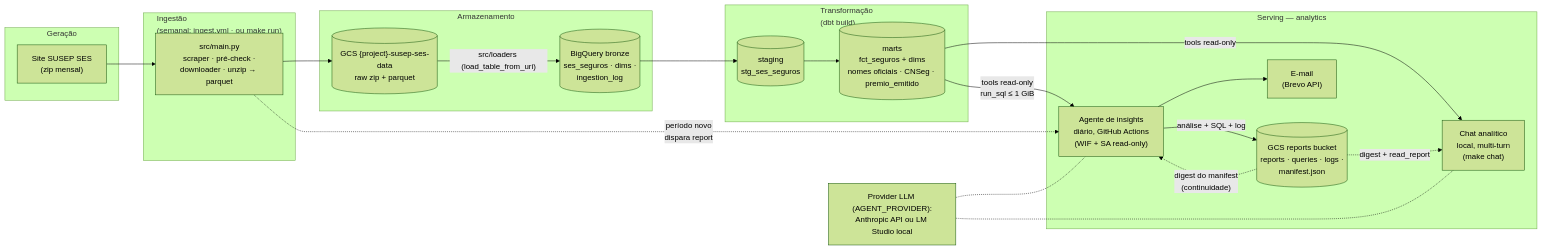
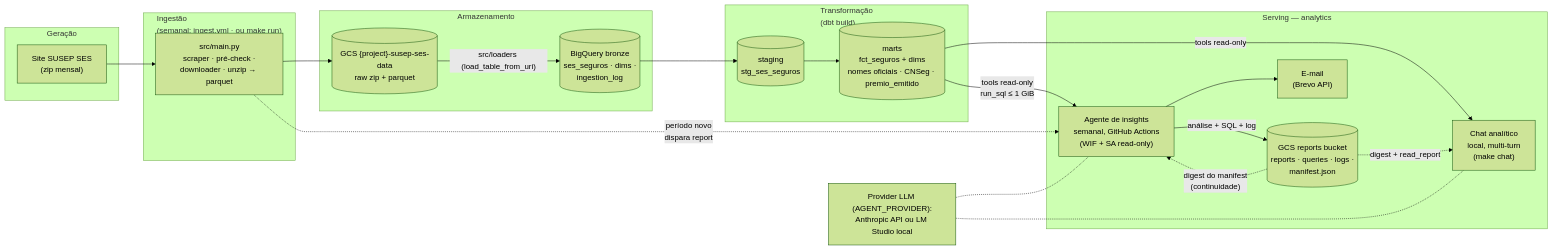
Before and after one commit to willp12/susep_data_pipeline: the diagram in README.md, drawn with Mermaid (forest theme). The commit also changed other lines of this file and 2 other files, not shown here.

Commit message:
feat(insights): weekly cadence on Opus + trimmed history digest

````diff
--- a/README.md
+++ b/README.md
@@ -25,47 +25,47 @@
 ```mermaid
 flowchart LR
     subgraph GER["Geração"]
         SUSEP["Site SUSEP SES<br/>(zip mensal)"]
     end
 
     subgraph ING["Ingestão<br/>(semanal: ingest.yml · ou make run)"]
         PIPE["src/main.py<br/>scraper · pré-check ·<br/>downloader · unzip → parquet"]
     end
 
     subgraph ARM["Armazenamento"]
         S3[("GCS {project}-susep-ses-data<br/>raw zip + parquet")]
         BRZ[("BigQuery bronze<br/>ses_seguros · dims ·<br/>ingestion_log")]
     end
 
     subgraph TRA["Transformação<br/>(dbt build)"]
         STG[("staging<br/>stg_ses_seguros")]
         FCT[("marts<br/>fct_seguros + dims<br/>nomes oficiais · CNSeg · premio_emitido")]
     end
 
     subgraph SRV["Serving — analytics"]
-        RUN["Agente de insights<br/>diário, GitHub Actions<br/>(WIF + SA read-only)"]
+        RUN["Agente de insights<br/>semanal, GitHub Actions<br/>(WIF + SA read-only)"]
         GCS[("GCS reports bucket<br/>reports · queries · logs ·<br/>manifest.json")]
         MAIL["E-mail<br/>(Brevo API)"]
         CHAT["Chat analítico<br/>local, multi-turn<br/>(make chat)"]
     end
 
     LLM["Provider LLM (AGENT_PROVIDER):<br/>Anthropic API ou LM Studio local"]
 
     SUSEP --> PIPE
     PIPE --> S3
     S3 -->|"src/loaders (load_table_from_uri)"| BRZ
     BRZ --> STG
     STG --> FCT
 
     FCT -->|"tools read-only<br/>run_sql ≤ 1 GiB"| RUN
     FCT -->|"tools read-only"| CHAT
     RUN -->|"análise + SQL + log"| GCS
     RUN --> MAIL
     GCS -.->|"digest do manifest<br/>(continuidade)"| RUN
     GCS -.->|"digest + read_report"| CHAT
 
     PIPE -.->|"período novo<br/>dispara report"| RUN
 
     LLM -.- RUN
     LLM -.- CHAT
 ```
````
